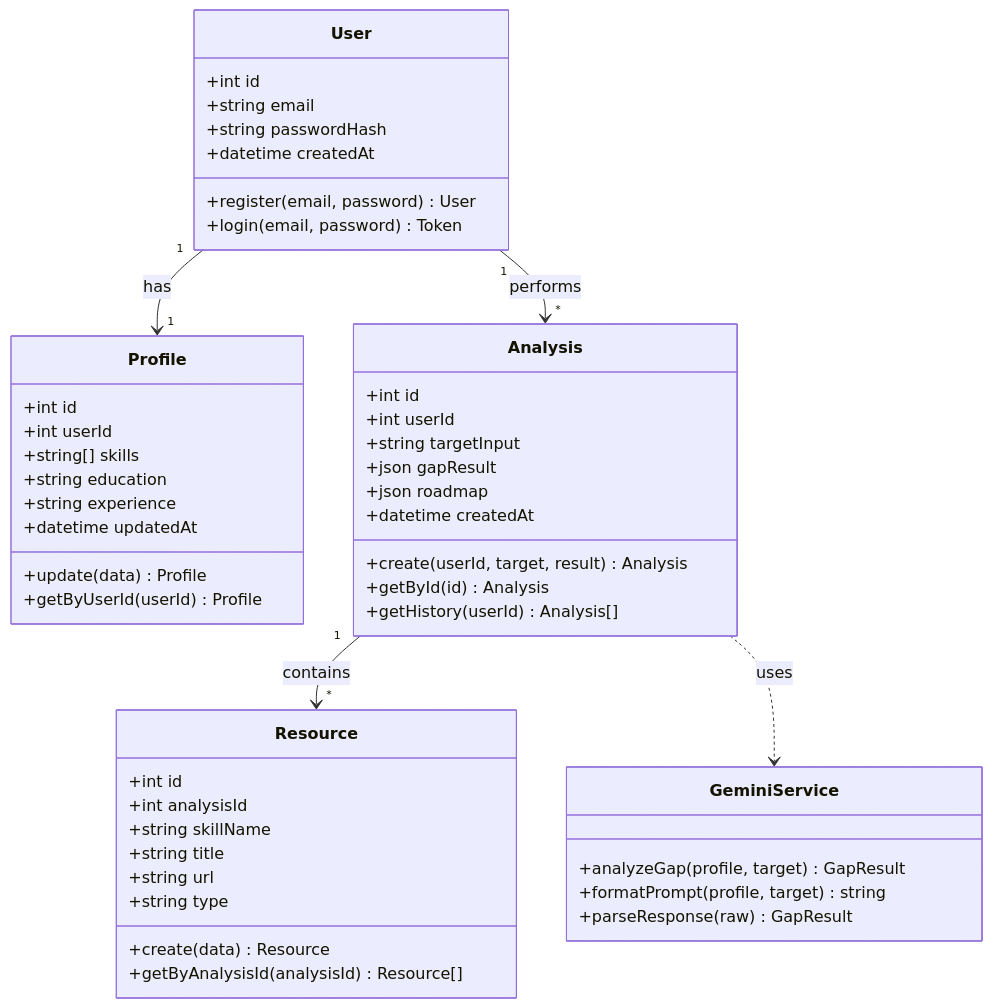
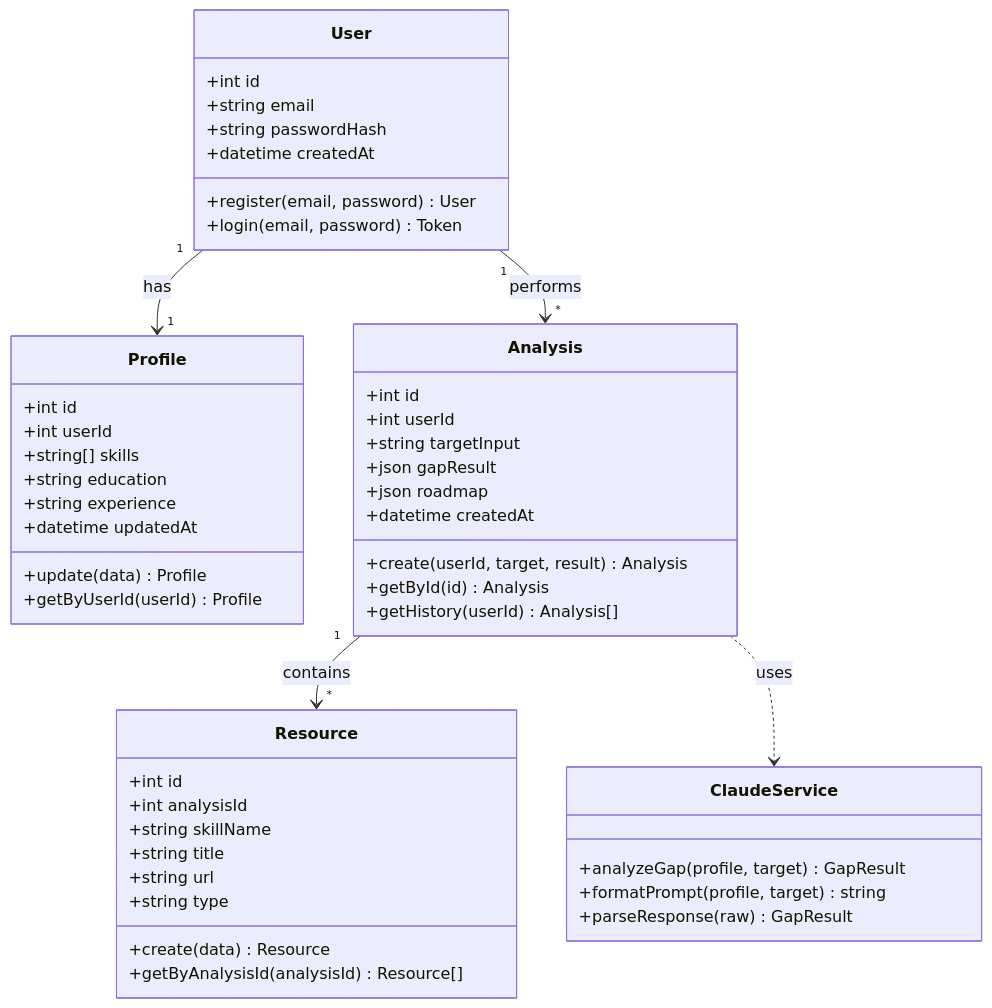
One commit to lucasscianna/SkillMap changed the second of 6 diagrams in README.md. Above: the diagram before and after it, drawn with Mermaid. The commit also changed other lines of this file, not shown here.

Commit message:
docs: replace Gemini with Claude Haiku in README

````diff
--- a/README.md
+++ b/README.md
@@ -228,56 +228,56 @@
 ```mermaid
 classDiagram
     class User {
         +int id
         +string email
         +string passwordHash
         +datetime createdAt
         +register(email, password) User
         +login(email, password) Token
     }
 
     class Profile {
         +int id
         +int userId
         +string[] skills
         +string education
         +string experience
         +datetime updatedAt
         +update(data) Profile
         +getByUserId(userId) Profile
     }
 
     class Analysis {
         +int id
         +int userId
         +string targetInput
         +json gapResult
         +json roadmap
         +datetime createdAt
         +create(userId, target, result) Analysis
         +getById(id) Analysis
         +getHistory(userId) Analysis[]
     }
 
     class Resource {
         +int id
         +int analysisId
         +string skillName
         +string title
         +string url
         +string type
         +create(data) Resource
         +getByAnalysisId(analysisId) Resource[]
     }
 
-    class GeminiService {
+    class ClaudeService {
         +analyzeGap(profile, target) GapResult
         +formatPrompt(profile, target) string
         +parseResponse(raw) GapResult
     }
 
     User "1" --> "1" Profile : has
     User "1" --> "*" Analysis : performs
     Analysis "1" --> "*" Resource : contains
-    Analysis ..> GeminiService : uses
+    Analysis ..> ClaudeService : uses
 ```
````
